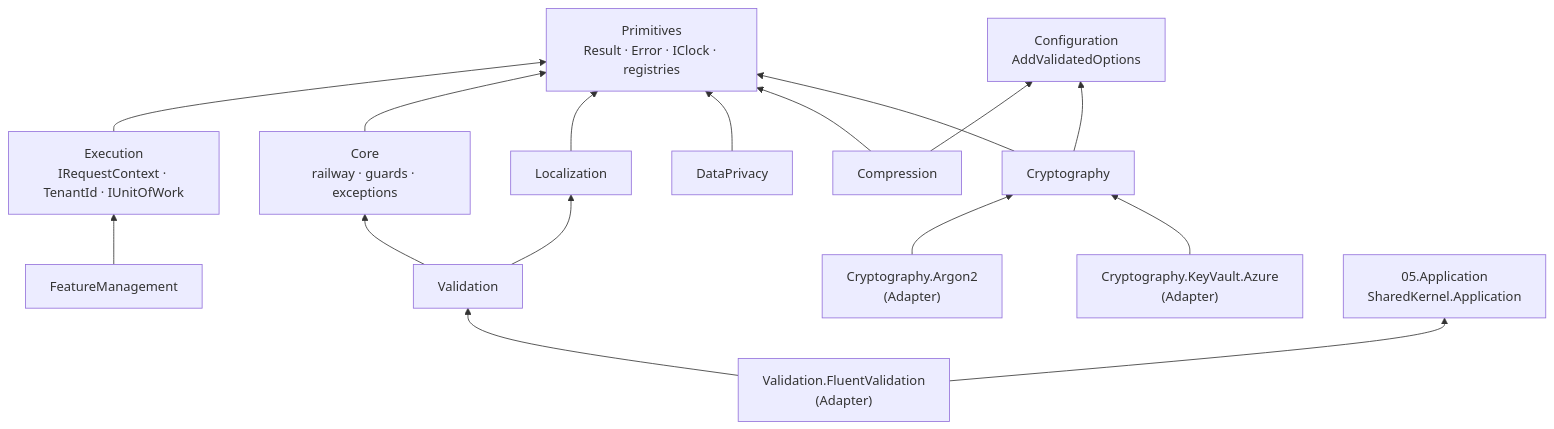
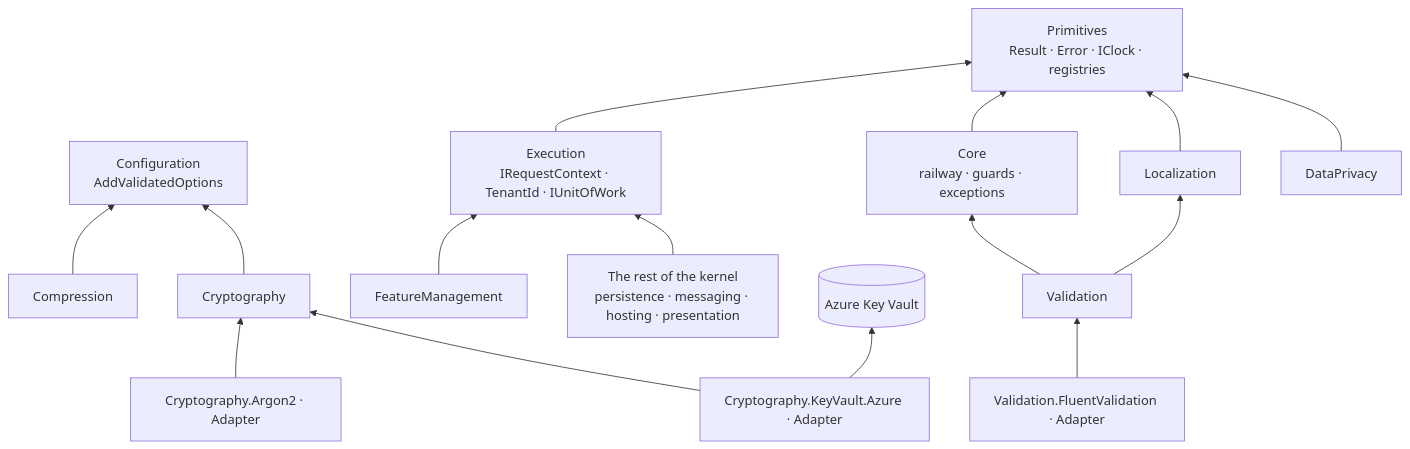
Before and after one commit to Gresta-Vertex-Labs/platform-shared-kernel: the diagram in src/Foundation/README.md, drawn with Mermaid. The commit also changed other lines of this file and 228 other files, not shown here.

````diff
--- a/src/Foundation/README.md
+++ b/src/Foundation/README.md
@@ -66,20 +76,19 @@
 ```mermaid
 flowchart BT
     Primitives["Primitives<br/>Result · Error · IClock · registries"]
     Configuration["Configuration<br/>AddValidatedOptions"]
     Execution["Execution<br/>IRequestContext · TenantId · IUnitOfWork"] --> Primitives
     Core["Core<br/>railway · guards · exceptions"] --> Primitives
     Localization["Localization"] --> Primitives
     DataPrivacy["DataPrivacy"] --> Primitives
     FeatureManagement["FeatureManagement"] --> Execution
-    Compression["Compression"] --> Primitives
-    Compression --> Configuration
-    Cryptography["Cryptography"] --> Primitives
-    Cryptography --> Configuration
+    Compression["Compression"] --> Configuration
+    Cryptography["Cryptography"] --> Configuration
     Validation["Validation"] --> Core
     Validation --> Localization
-    Argon2["Cryptography.Argon2<br/>(Adapter)"] --> Cryptography
-    KeyVault["Cryptography.KeyVault.Azure<br/>(Adapter)"] --> Cryptography
-    FluentValidation["Validation.FluentValidation<br/>(Adapter)"] --> Validation
-    FluentValidation --> Application["05.Application<br/>SharedKernel.Application"]
+    Argon2["Cryptography.Argon2 · Adapter"] --> Cryptography
+    KeyVault["Cryptography.KeyVault.Azure · Adapter"] --> Cryptography
+    KeyVault --> AKV[("Azure Key Vault")]
+    FluentValidation["Validation.FluentValidation · Adapter"] --> Validation
+    Rest["The rest of the kernel<br/>persistence · messaging · hosting · presentation"] --> Execution
 ```
````
